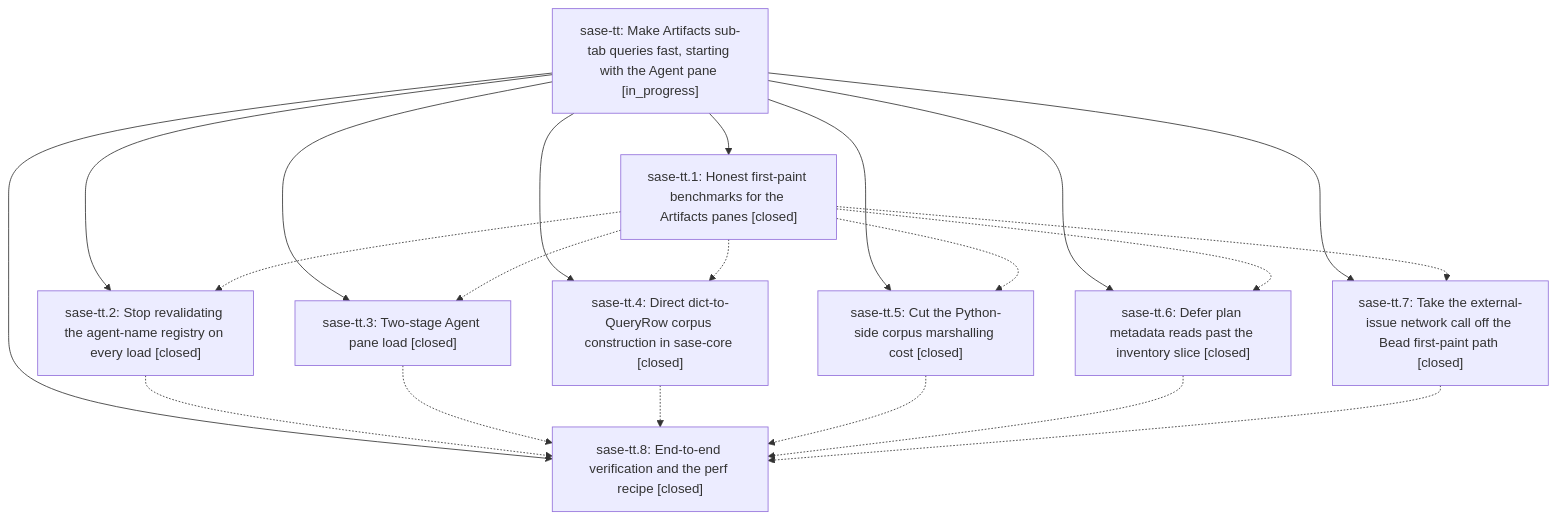
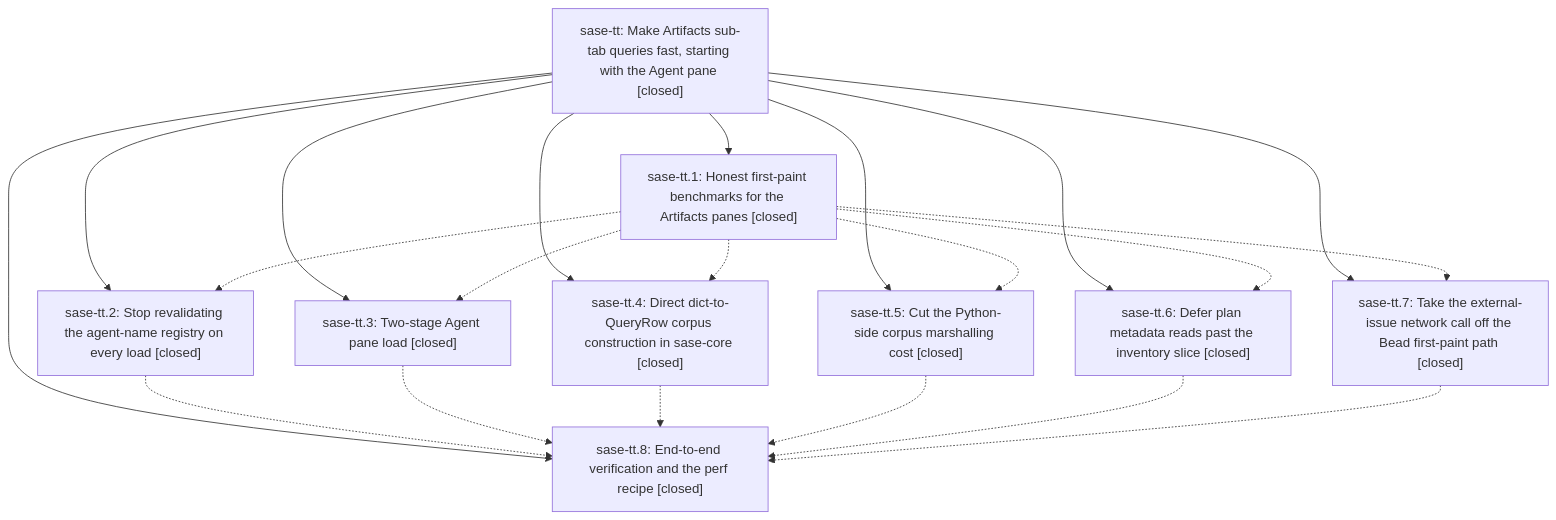
The diagram in pages/sase-tt/README.md (sase-org/sase--beads), drawn with Mermaid before and after one commit. The commit also changed other lines of this file, not shown here.

First line of the commit message:
chore(beads): sync bead state and pages for sase-tt

````diff
--- a/pages/sase-tt/README.md
+++ b/pages/sase-tt/README.md
@@ -53,32 +85,32 @@
 ```mermaid
 flowchart TD
-    n0["sase-tt: Make Artifacts sub-tab queries fast, starting with the Agent pane [in_progress]"]
+    n0["sase-tt: Make Artifacts sub-tab queries fast, starting with the Agent pane [closed]"]
     n1["sase-tt.1: Honest first-paint benchmarks for the Artifacts panes [closed]"]
     n2["sase-tt.2: Stop revalidating the agent-name registry on every load [closed]"]
     n3["sase-tt.3: Two-stage Agent pane load [closed]"]
     n4["sase-tt.4: Direct dict-to-QueryRow corpus construction in sase-core [closed]"]
     n5["sase-tt.5: Cut the Python-side corpus marshalling cost [closed]"]
     n6["sase-tt.6: Defer plan metadata reads past the inventory slice [closed]"]
     n7["sase-tt.7: Take the external-issue network call off the Bead first-paint path [closed]"]
     n8["sase-tt.8: End-to-end verification and the perf recipe [closed]"]
     n0 --> n1
     n0 --> n2
     n0 --> n3
     n0 --> n4
     n0 --> n5
     n0 --> n6
     n0 --> n7
     n0 --> n8
     n1 -.-> n2
     n1 -.-> n3
     n1 -.-> n4
     n1 -.-> n5
     n1 -.-> n6
     n1 -.-> n7
     n2 -.-> n8
     n3 -.-> n8
     n4 -.-> n8
     n5 -.-> n8
     n6 -.-> n8
     n7 -.-> n8
 ```
````
